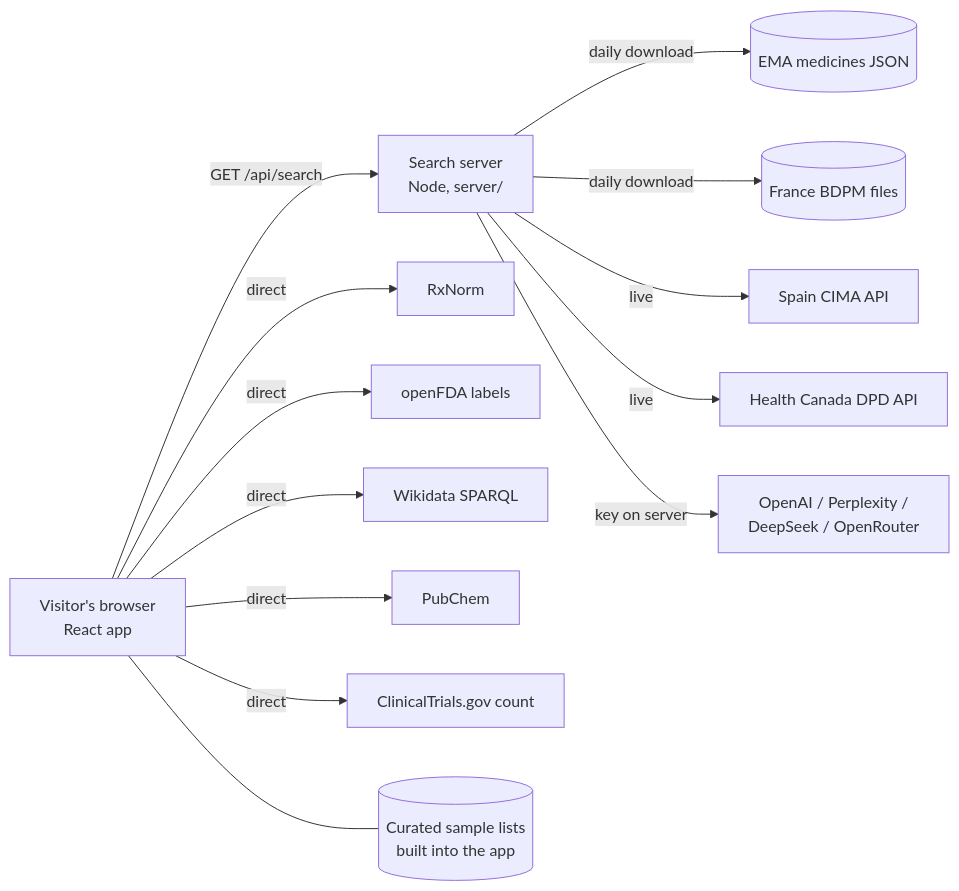
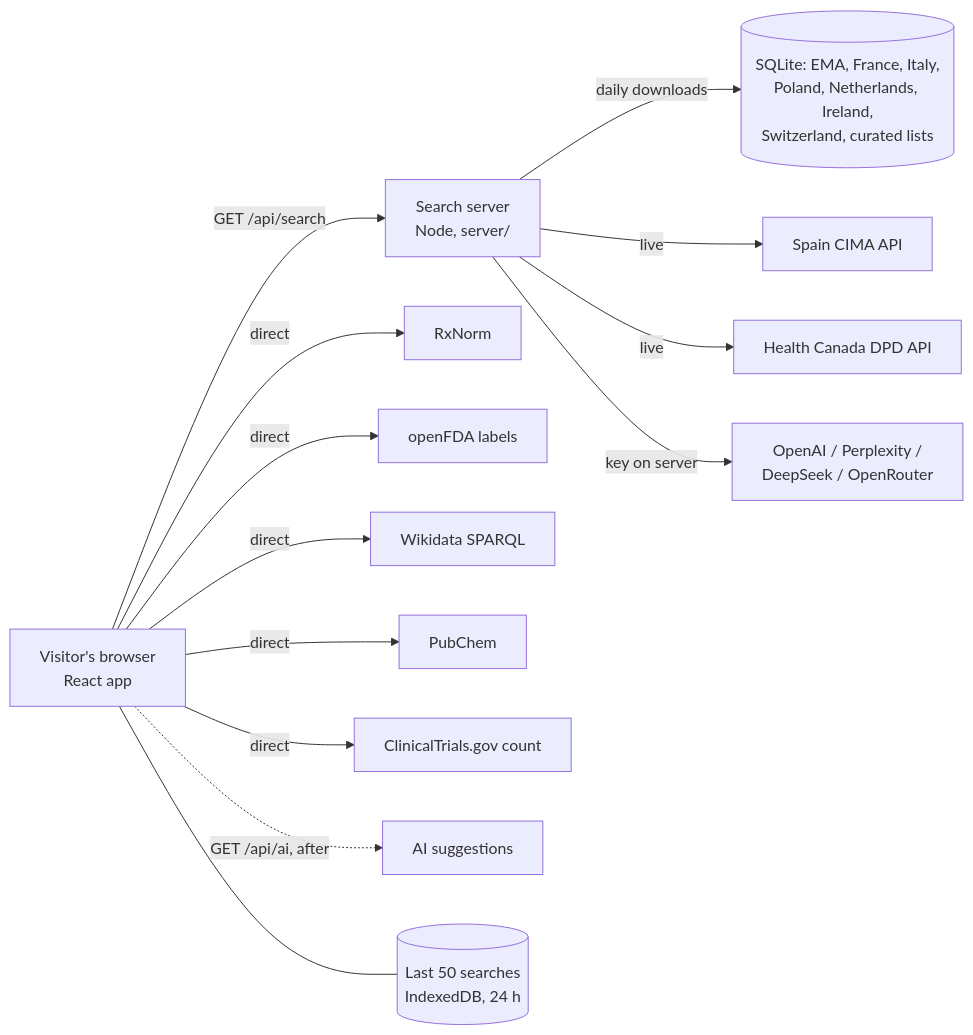
One commit to andreibesleaga/medicine-finder changed the diagram in docs/ARCHITECTURE.md. Above: the diagram before and after it, drawn with Mermaid. The commit also changed other lines of this file and 66 other files, not shown here.

````diff
--- a/docs/ARCHITECTURE.md
+++ b/docs/ARCHITECTURE.md
@@ -11,15 +11,15 @@
 ```mermaid
 flowchart LR
   U[Visitor's browser<br/>React app] -->|GET /api/search| S[Search server<br/>Node, server/]
   U -->|direct| R[RxNorm]
   U -->|direct| F[openFDA labels]
   U -->|direct| W[Wikidata SPARQL]
   U -->|direct| P[PubChem]
   U -->|direct| T[ClinicalTrials.gov count]
-  U --- C[(Curated sample lists<br/>built into the app)]
-  S -->|daily download| E[(EMA medicines JSON)]
-  S -->|daily download| B[(France BDPM files)]
+  U -.->|GET /api/ai, after| AI2[AI suggestions]
+  U --- C[(Last 50 searches<br/>IndexedDB, 24 h)]
+  S -->|daily downloads| D[(SQLite: EMA, France, Italy,<br/>Poland, Netherlands, Ireland,<br/>Switzerland, curated lists)]
   S -->|live| ES[Spain CIMA API]
   S -->|live| HC[Health Canada DPD API]
   S -->|key on server| AI[OpenAI / Perplexity /<br/>DeepSeek / OpenRouter]
 ```
````
